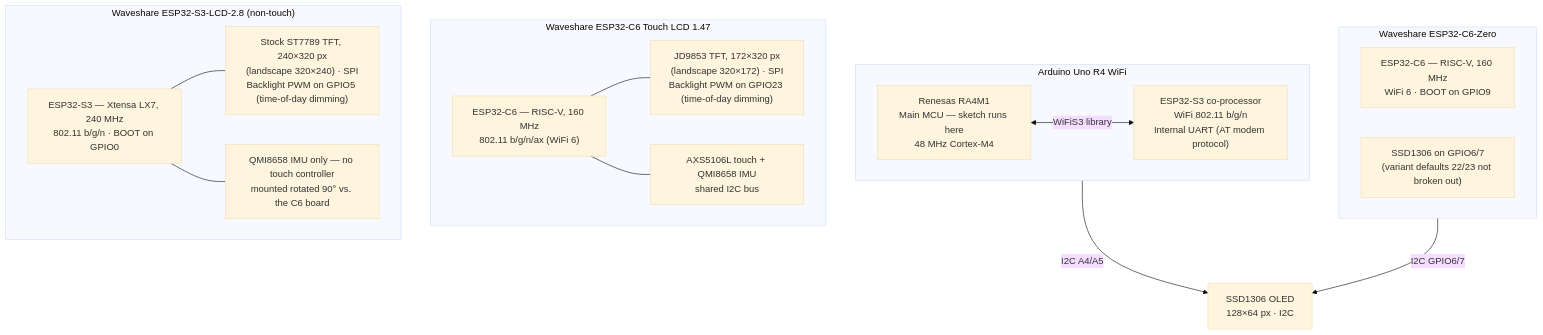
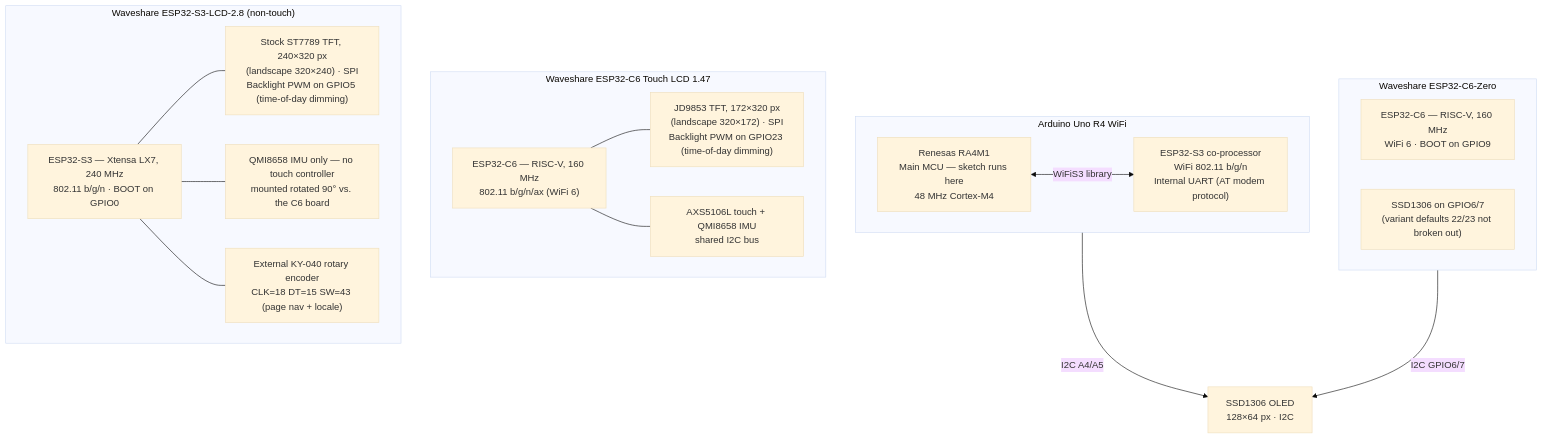
The fourth of 4 diagrams in docs/architecture.md (vcchstrandberg/home-hub-firmware), drawn with Mermaid (base theme) before and after one commit. The commit also changed other lines of this file and 7 other files, not shown here.

First line of the commit message:
esp32s3_waveshare_lcd: rotary-encoder page carousel (Inside/Outside/Weather/About)

````diff
--- a/docs/architecture.md
+++ b/docs/architecture.md
@@ -111,34 +111,36 @@
 ```mermaid
 flowchart TB
     subgraph uno["Arduino Uno R4 WiFi"]
         ra4m1["Renesas RA4M1\nMain MCU — sketch runs here\n48 MHz Cortex-M4"]
         esp32s3["ESP32-S3 co-processor\nWiFi 802.11 b/g/n\nInternal UART (AT modem protocol)"]
         ra4m1 <-->|"WiFiS3 library"| esp32s3
     end
 
     subgraph zero["Waveshare ESP32-C6-Zero"]
         riscv0["ESP32-C6 — RISC-V, 160 MHz\nWiFi 6 · BOOT on GPIO9"]
         note0["SSD1306 on GPIO6/7\n(variant defaults 22/23 not broken out)"]
     end
 
     subgraph c6["Waveshare ESP32-C6 Touch LCD 1.47"]
         riscv["ESP32-C6 — RISC-V, 160 MHz\n802.11 b/g/n/ax (WiFi 6)"]
         tft["JD9853 TFT, 172×320 px\n(landscape 320×172) · SPI\nBacklight PWM on GPIO23 (time-of-day dimming)"]
         touch["AXS5106L touch + QMI8658 IMU\nshared I2C bus"]
         riscv --- tft
         riscv --- touch
     end
 
     subgraph s3["Waveshare ESP32-S3-LCD-2.8 (non-touch)"]
         xtensas3["ESP32-S3 — Xtensa LX7, 240 MHz\n802.11 b/g/n · BOOT on GPIO0"]
         tft3["Stock ST7789 TFT, 240×320 px\n(landscape 320×240) · SPI\nBacklight PWM on GPIO5 (time-of-day dimming)"]
         imu3["QMI8658 IMU only — no touch controller\nmounted rotated 90° vs. the C6 board"]
+        enc3["External KY-040 rotary encoder\nCLK=18 DT=15 SW=43 (page nav + locale)"]
         xtensas3 --- tft3
         xtensas3 --- imu3
+        xtensas3 --- enc3
     end
 
     oled["SSD1306 OLED\n128×64 px · I2C"]
 
     uno -->|"I2C A4/A5"| oled
     zero -->|"I2C GPIO6/7"| oled
 ```
````
